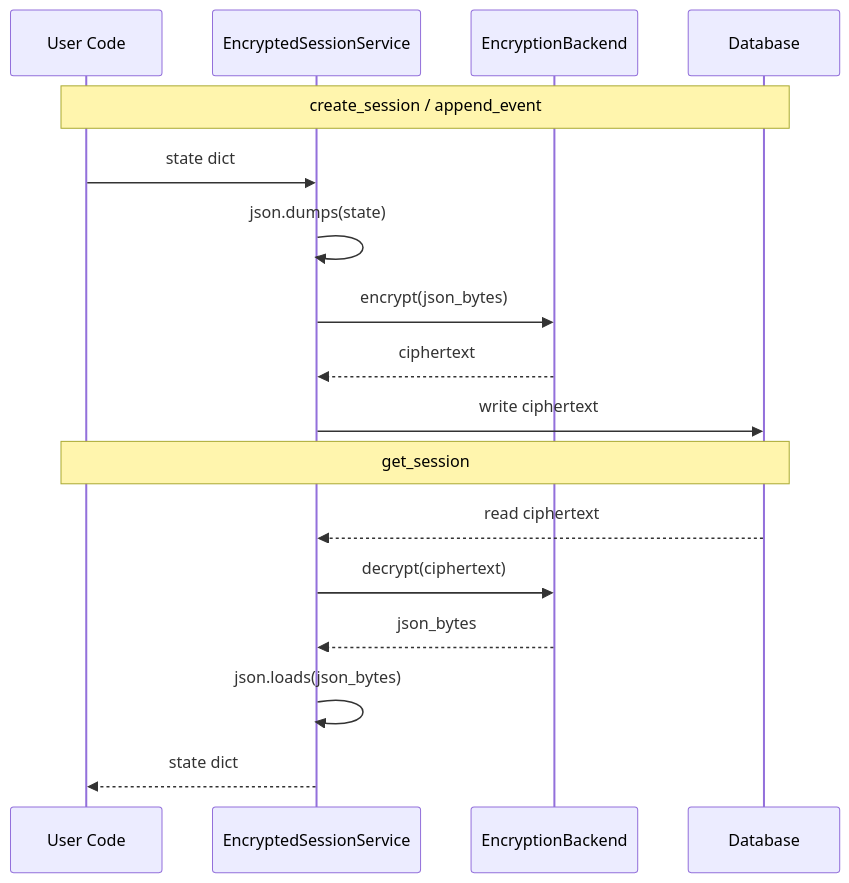
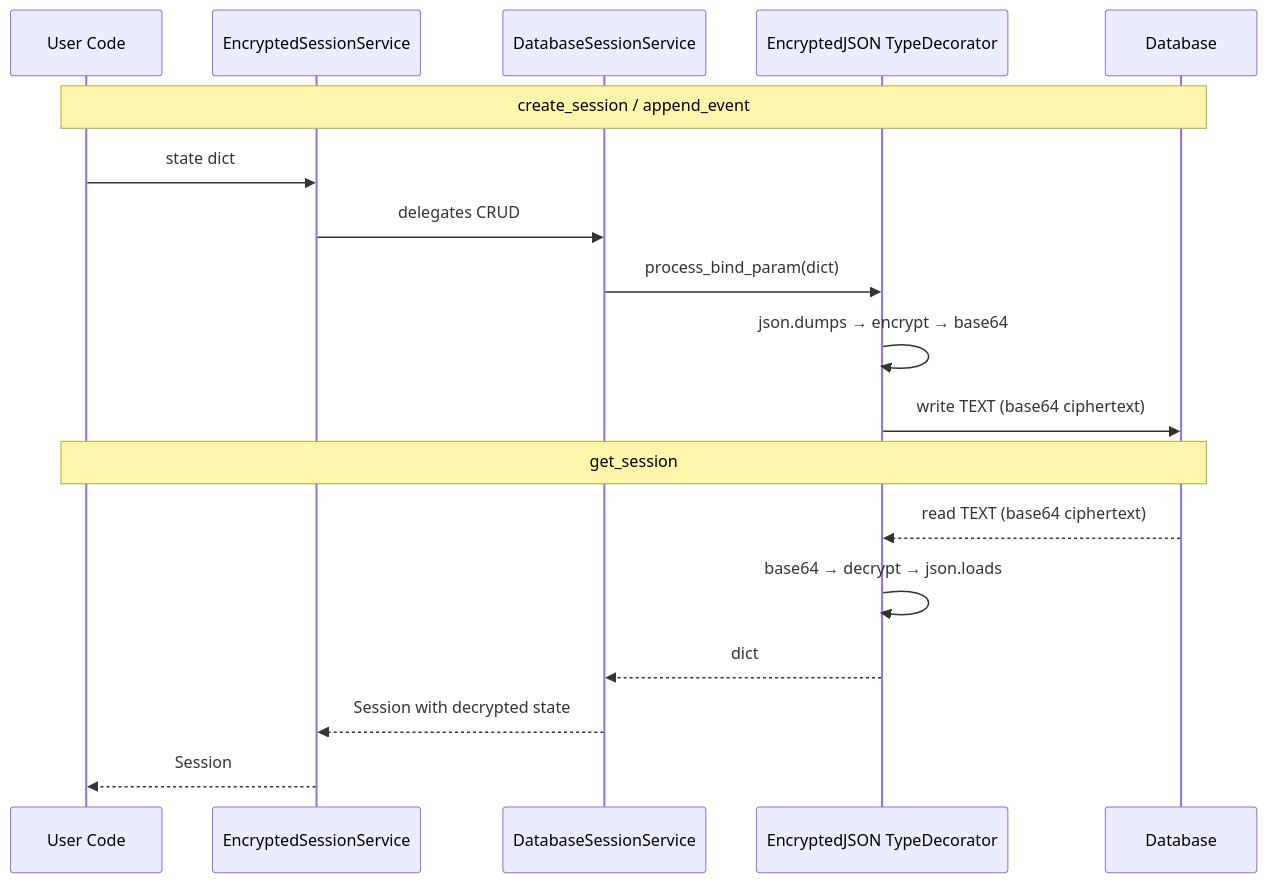
One commit to Alberto-Codes/adk-secure-sessions changed the second of 3 diagrams in docs/ARCHITECTURE.md. Above: the diagram before and after it, drawn with Mermaid. The commit also changed other lines of this file and 20 other files, not shown here.

First line of the commit message:
docs(session): update docs for Epic 7 architecture migration (#137)

````diff
--- a/docs/ARCHITECTURE.md
+++ b/docs/ARCHITECTURE.md
@@ -33,21 +35,22 @@
 ```mermaid
 sequenceDiagram
     participant App as User Code
-    participant Svc as EncryptedSessionService
-    participant Enc as EncryptionBackend
+    participant ESS as EncryptedSessionService
+    participant DSS as DatabaseSessionService
+    participant TD as EncryptedJSON TypeDecorator
     participant DB as Database
 
     Note over App,DB: create_session / append_event
-    App->>Svc: state dict
-    Svc->>Svc: json.dumps(state)
-    Svc->>Enc: encrypt(json_bytes)
-    Enc-->>Svc: ciphertext
-    Svc->>DB: write ciphertext
+    App->>ESS: state dict
+    ESS->>DSS: delegates CRUD
+    DSS->>TD: process_bind_param(dict)
+    TD->>TD: json.dumps → encrypt → base64
+    TD->>DB: write TEXT (base64 ciphertext)
 
     Note over App,DB: get_session
-    DB-->>Svc: read ciphertext
-    Svc->>Enc: decrypt(ciphertext)
-    Enc-->>Svc: json_bytes
-    Svc->>Svc: json.loads(json_bytes)
-    Svc-->>App: state dict
+    DB-->>TD: read TEXT (base64 ciphertext)
+    TD->>TD: base64 → decrypt → json.loads
+    TD-->>DSS: dict
+    DSS-->>ESS: Session with decrypted state
+    ESS-->>App: Session
 ```
````
